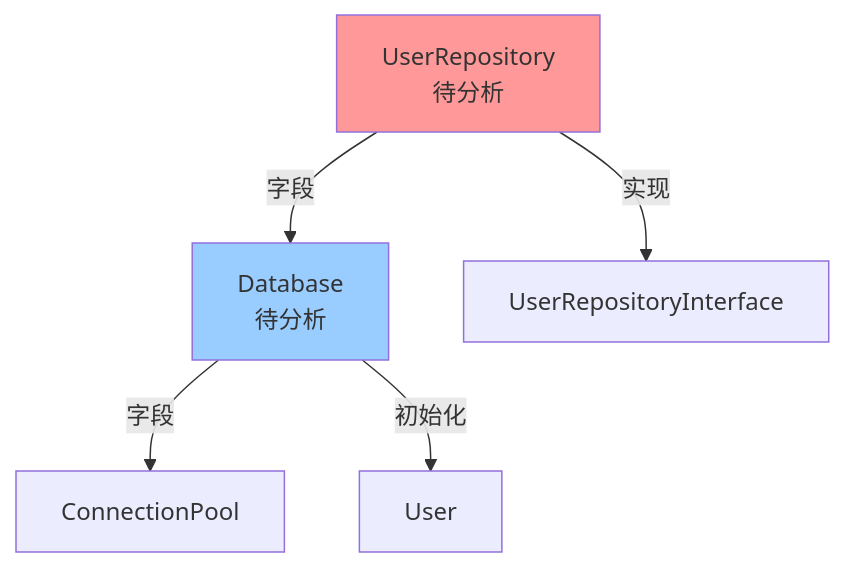
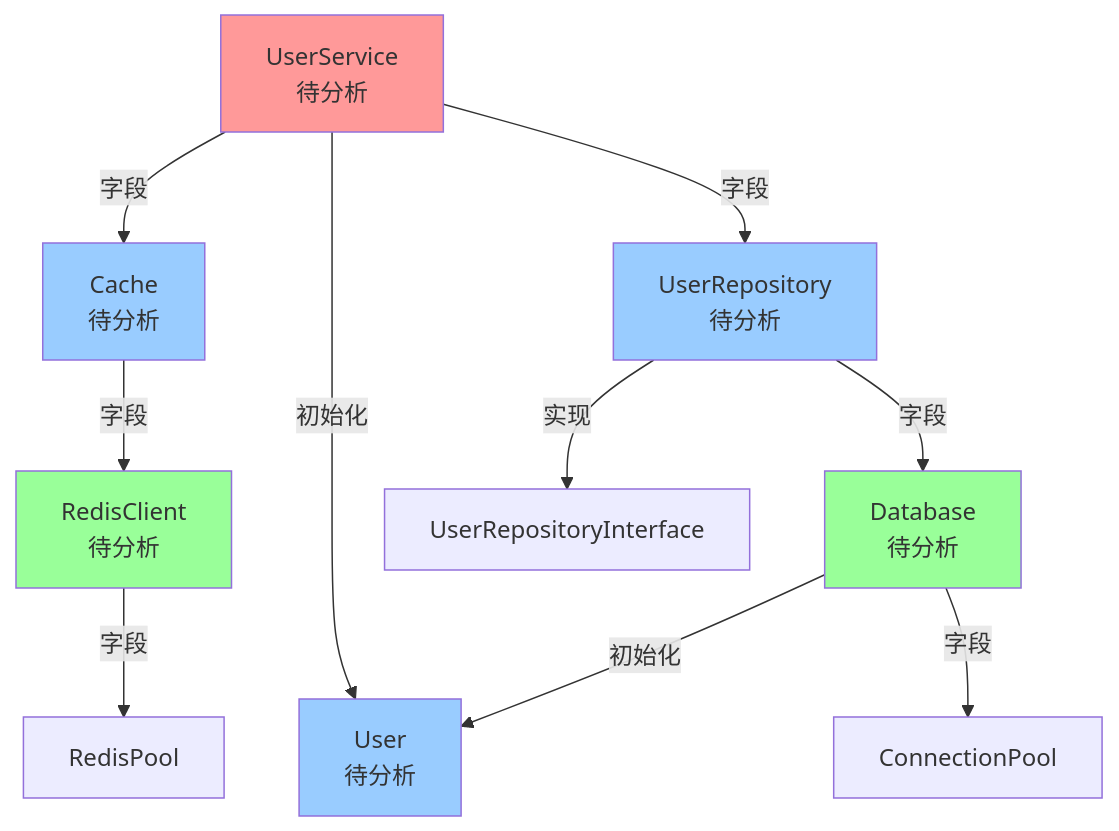
Before and after one commit to qs3c/anal_go_agent: the diagram in analysis_report.md, drawn with Mermaid. The commit also changed other lines of this file and 12 other files, not shown here.

````diff
--- a/analysis_report.md
+++ b/analysis_report.md
@@ -90,13 +217,26 @@
 ```mermaid
 graph TD
+    UserService["UserService<br/>待分析"]
     UserRepository["UserRepository<br/>待分析"]
+    Cache["Cache<br/>待分析"]
+    User["User<br/>待分析"]
     Database["Database<br/>待分析"]
+    RedisClient["RedisClient<br/>待分析"]
 
+    UserService -->|字段| UserRepository
+    UserService -->|字段| Cache
+    UserService -->|初始化| User
     UserRepository -->|字段| Database
     UserRepository -->|实现| UserRepositoryInterface
+    Cache -->|字段| RedisClient
     Database -->|字段| ConnectionPool
     Database -->|初始化| User
+    RedisClient -->|字段| RedisPool
 
-    style UserRepository fill:#ff9999
-    style Database fill:#99ccff
+    style UserService fill:#ff9999
+    style UserRepository fill:#99ccff
+    style Cache fill:#99ccff
+    style User fill:#99ccff
+    style Database fill:#99ff99
+    style RedisClient fill:#99ff99
 ```
````
